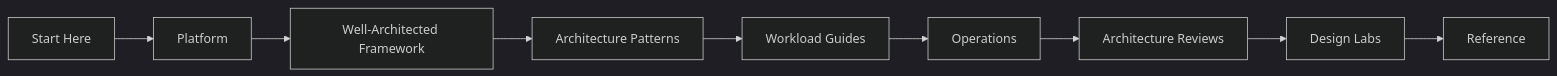
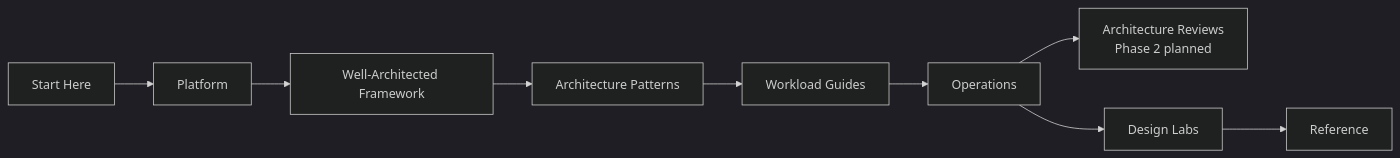
One commit to yeongseon/azure-architecture-practical-guide changed the diagram in docs/index.md. Above: the diagram before and after it, drawn with Mermaid (dark theme). The commit also changed other lines of this file and 70 other files, not shown here.

````diff
--- a/docs/index.md
+++ b/docs/index.md
@@ -66,11 +66,11 @@
 ```mermaid
 flowchart LR
     A[Start Here] --> B[Platform]
     B --> C[Well-Architected Framework]
     C --> D[Architecture Patterns]
     D --> E[Workload Guides]
     E --> F[Operations]
-    F --> G[Architecture Reviews]
-    G --> H[Design Labs]
+    F --> G[Architecture Reviews<br/>Phase 2 planned]
+    F --> H[Design Labs]
     H --> I[Reference]
 ```
````
